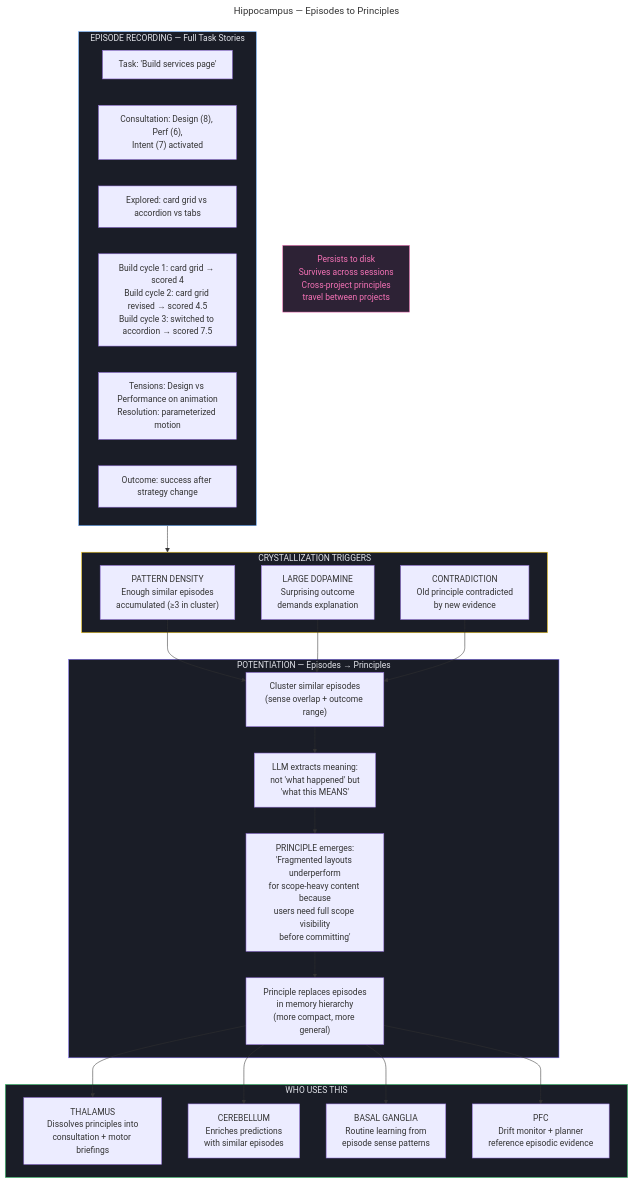
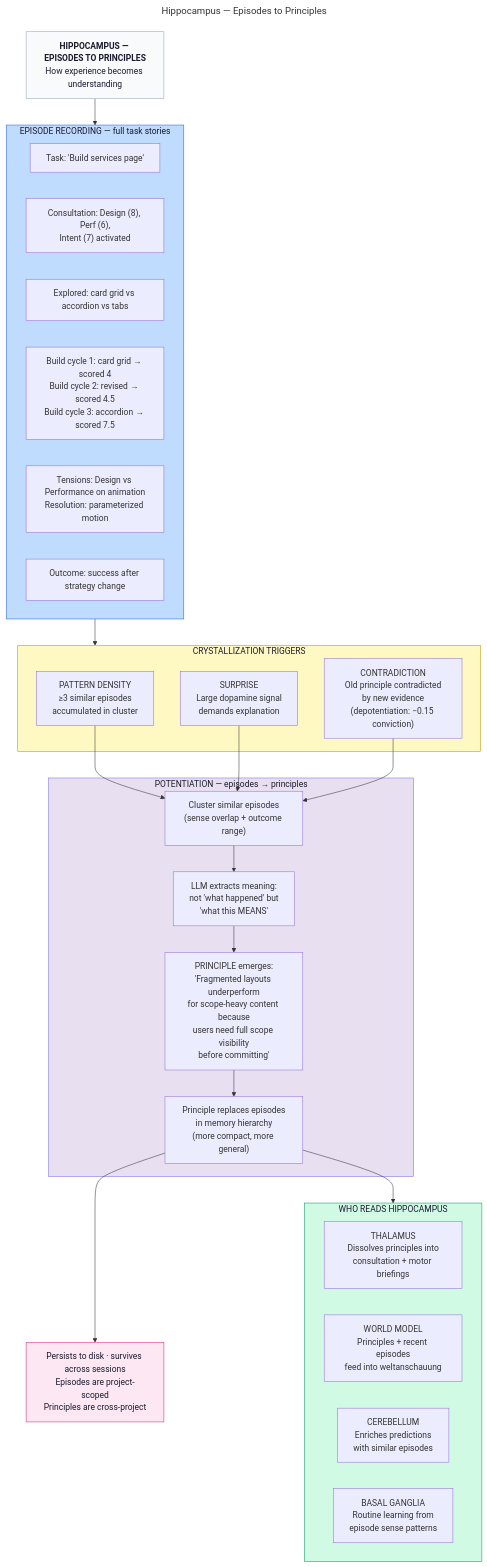
Before and after one commit to Joinery-dev/agent-cortex: the diagram in diagrams/11-hippocampus-memory.mmd, drawn with Mermaid. The commit also changed 39 other files, not shown here.

```diff
--- a/diagrams/11-hippocampus-memory.mmd
+++ b/diagrams/11-hippocampus-memory.mmd
@@ -1,46 +1,56 @@
 ---
 title: "Hippocampus — Episodes to Principles"
 scope: global
 ---
 flowchart TD
-    subgraph RECORD["EPISODE RECORDING — Full Task Stories"]
+    TITLE["<b>HIPPOCAMPUS — EPISODES TO PRINCIPLES</b><br/>How experience becomes understanding"]
+    style TITLE fill:#f8fafc,stroke:#94a3b8,color:#1a1a2e
+
+    TITLE --> RECORD
+
+    subgraph RECORD["EPISODE RECORDING — full task stories"]
         E1["Task: 'Build services page'"]
         E2["Consultation: Design (8), Perf (6),<br/>Intent (7) activated"]
         E3["Explored: card grid vs accordion vs tabs"]
-        E4["Build cycle 1: card grid → scored 4<br/>Build cycle 2: card grid revised → scored 4.5<br/>Build cycle 3: switched to accordion → scored 7.5"]
+        E4["Build cycle 1: card grid → scored 4<br/>Build cycle 2: revised → scored 4.5<br/>Build cycle 3: accordion → scored 7.5"]
         E5["Tensions: Design vs Performance on animation<br/>Resolution: parameterized motion"]
         E6["Outcome: success after strategy change"]
     end
 
+    RECORD --> TRIGGER
+
     subgraph TRIGGER["CRYSTALLIZATION TRIGGERS"]
-        T1["PATTERN DENSITY<br/>Enough similar episodes<br/>accumulated (≥3 in cluster)"]
-        T2["LARGE DOPAMINE<br/>Surprising outcome<br/>demands explanation"]
-        T3["CONTRADICTION<br/>Old principle contradicted<br/>by new evidence"]
+        T1["PATTERN DENSITY<br/>≥3 similar episodes<br/>accumulated in cluster"]
+        T2["SURPRISE<br/>Large dopamine signal<br/>demands explanation"]
+        T3["CONTRADICTION<br/>Old principle contradicted<br/>by new evidence<br/>(depotentiation: −0.15 conviction)"]
     end
 
-    subgraph CRYSTAL["POTENTIATION — Episodes → Principles"]
+    T1 & T2 & T3 --> C1
+
+    subgraph CRYSTAL["POTENTIATION — episodes → principles"]
         C1["Cluster similar episodes<br/>(sense overlap + outcome range)"]
         C2["LLM extracts meaning:<br/>not 'what happened' but<br/>'what this MEANS'"]
         C3["PRINCIPLE emerges:<br/>'Fragmented layouts underperform<br/>for scope-heavy content because<br/>users need full scope visibility<br/>before committing'"]
         C4["Principle replaces episodes<br/>in memory hierarchy<br/>(more compact, more general)"]
     end
 
-    subgraph CONSUME["WHO USES THIS"]
+    C1 --> C2 --> C3 --> C4
+
+    C4 --> CONSUME
+
+    subgraph CONSUME["WHO READS HIPPOCAMPUS"]
         U1["THALAMUS<br/>Dissolves principles into<br/>consultation + motor briefings"]
-        U2["CEREBELLUM<br/>Enriches predictions<br/>with similar episodes"]
-        U3["BASAL GANGLIA<br/>Routine learning from<br/>episode sense patterns"]
-        U4["PFC<br/>Drift monitor + planner<br/>reference episodic evidence"]
+        U2["WORLD MODEL<br/>Principles + recent episodes<br/>feed into weltanschauung"]
+        U3["CEREBELLUM<br/>Enriches predictions<br/>with similar episodes"]
+        U4["BASAL GANGLIA<br/>Routine learning from<br/>episode sense patterns"]
     end
 
-    RECORD --> TRIGGER
-    T1 & T2 & T3 --> C1 --> C2 --> C3 --> C4
+    PERSIST["Persists to disk · survives across sessions<br/>Episodes are project-scoped<br/>Principles are cross-project"]
 
-    C4 --> U1 & U2 & U3 & U4
+    C4 --> PERSIST
 
-    PERSIST["Persists to disk<br/>Survives across sessions<br/>Cross-project principles<br/>travel between projects"]
-
-    style RECORD fill:#1a1d27,stroke:#60a5fa,color:#e2e4ea
-    style TRIGGER fill:#1a1d27,stroke:#facc15,color:#e2e4ea
-    style CRYSTAL fill:#1a1d27,stroke:#7c6af0,color:#e2e4ea
-    style CONSUME fill:#1a1d27,stroke:#4ade80,color:#e2e4ea
-    style PERSIST fill:#2d2235,stroke:#f472b6,color:#f472b6
+    style RECORD fill:#bfdbfe,stroke:#2563eb,color:#1a1a2e
+    style TRIGGER fill:#fef9c3,stroke:#ca8a04,color:#1a1a2e
+    style CRYSTAL fill:#e8e0f0,stroke:#7c6af0,color:#1a1a2e
+    style CONSUME fill:#d1fae5,stroke:#059669,color:#1a1a2e
+    style PERSIST fill:#fce7f3,stroke:#db2777,color:#1a1a2e
```
